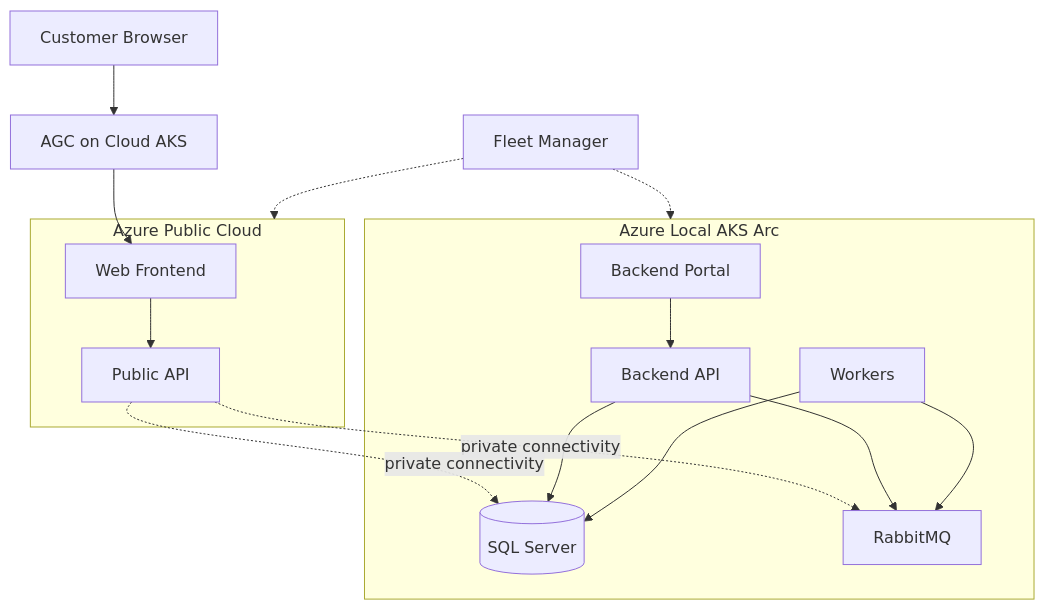
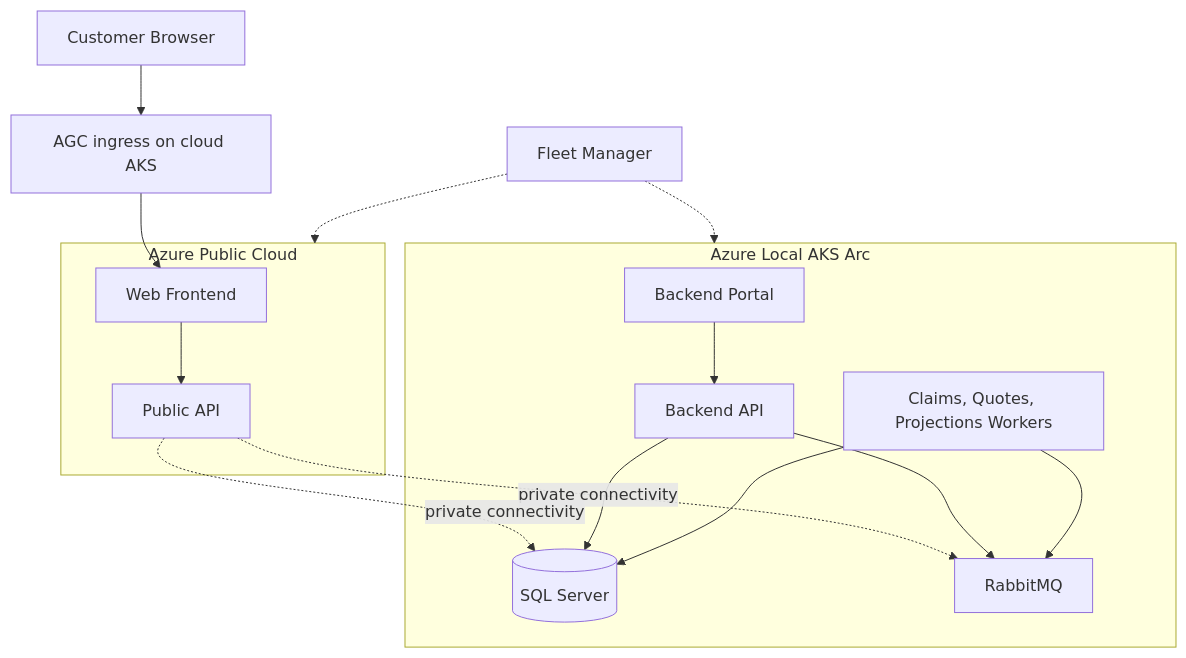
Before and after one commit to EmeaAppGbb/ContosoInsurances-NativeToLocal: the second of 2 diagrams in README.md, drawn with Mermaid. The commit also changed other lines of this file, not shown here.

````diff
--- a/README.md
+++ b/README.md
@@ -94,29 +91,29 @@
 ```mermaid
 flowchart TB
-    User[Customer Browser] --> AGC[AGC on Cloud AKS]
+    Browser[Customer Browser] --> AGC[AGC ingress on cloud AKS]
     AGC --> Web[Web Frontend]
     Web --> PublicApi[Public API]
 
     subgraph Cloud[Azure Public Cloud]
         Web
         PublicApi
     end
 
     subgraph Local[Azure Local AKS Arc]
         Portal[Backend Portal]
         BackendApi[Backend API]
-        Workers[Workers]
+        Workers[Claims, Quotes, Projections Workers]
         Sql[(SQL Server)]
         Rabbit[RabbitMQ]
     end
 
     PublicApi -. private connectivity .-> Rabbit
     PublicApi -. private connectivity .-> Sql
     Portal --> BackendApi
     BackendApi --> Rabbit
     BackendApi --> Sql
     Workers --> Rabbit
     Workers --> Sql
     Fleet[Fleet Manager] -.-> Cloud
     Fleet -.-> Local
 ```
````
